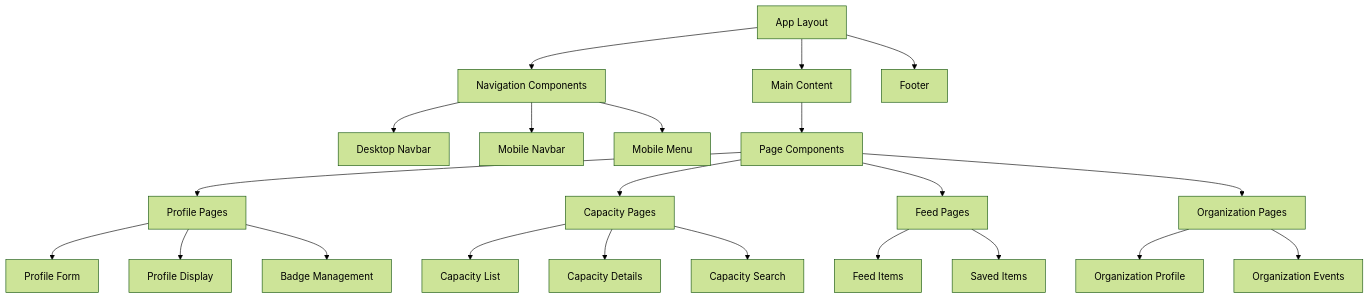
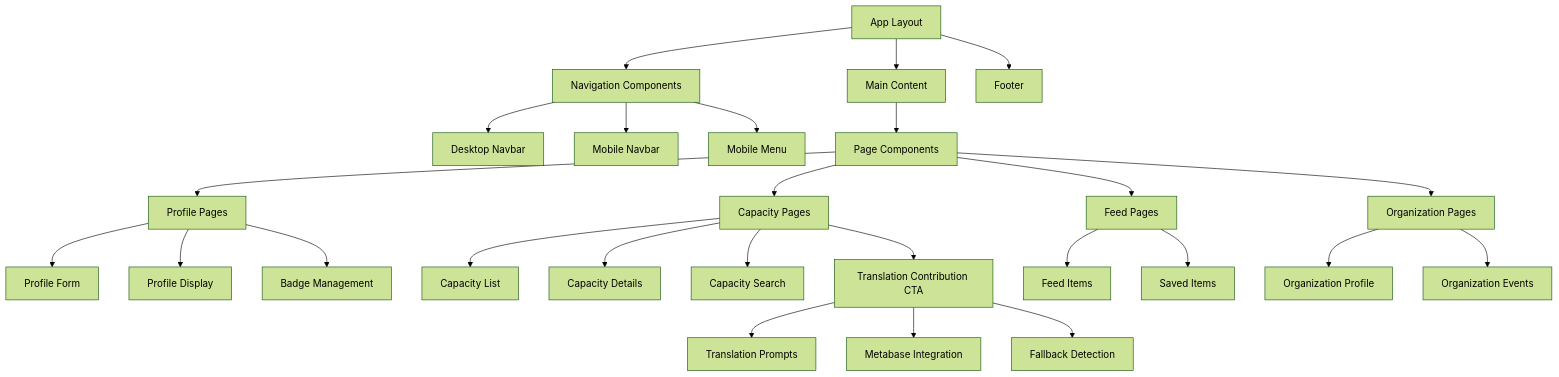
Before and after one commit to wikimediabrasil/capx-frontend: the sixth of 6 diagrams in README.md, drawn with Mermaid (forest theme). The commit also changed other lines of this file, not shown here.

````diff
--- a/README.md
+++ b/README.md
@@ -407,30 +510,35 @@
 ```mermaid
 graph TD
     A[App Layout] --> B[Navigation Components]
     A --> C[Main Content]
     A --> D[Footer]
 
     B --> E[Desktop Navbar]
     B --> F[Mobile Navbar]
     B --> G[Mobile Menu]
 
     C --> H[Page Components]
     H --> I[Profile Pages]
     H --> J[Capacity Pages]
     H --> K[Feed Pages]
     H --> L[Organization Pages]
 
     I --> M[Profile Form]
     I --> N[Profile Display]
     I --> O[Badge Management]
 
     J --> P[Capacity List]
     J --> Q[Capacity Details]
     J --> R[Capacity Search]
+    J --> S[Translation Contribution CTA]
 
-    K --> S[Feed Items]
-    K --> T[Saved Items]
+    K --> T[Feed Items]
+    K --> U[Saved Items]
 
-    L --> U[Organization Profile]
-    L --> V[Organization Events]
+    L --> V[Organization Profile]
+    L --> W[Organization Events]
+
+    S --> X[Translation Prompts]
+    S --> Y[Metabase Integration]
+    S --> Z[Fallback Detection]
 ```
````
